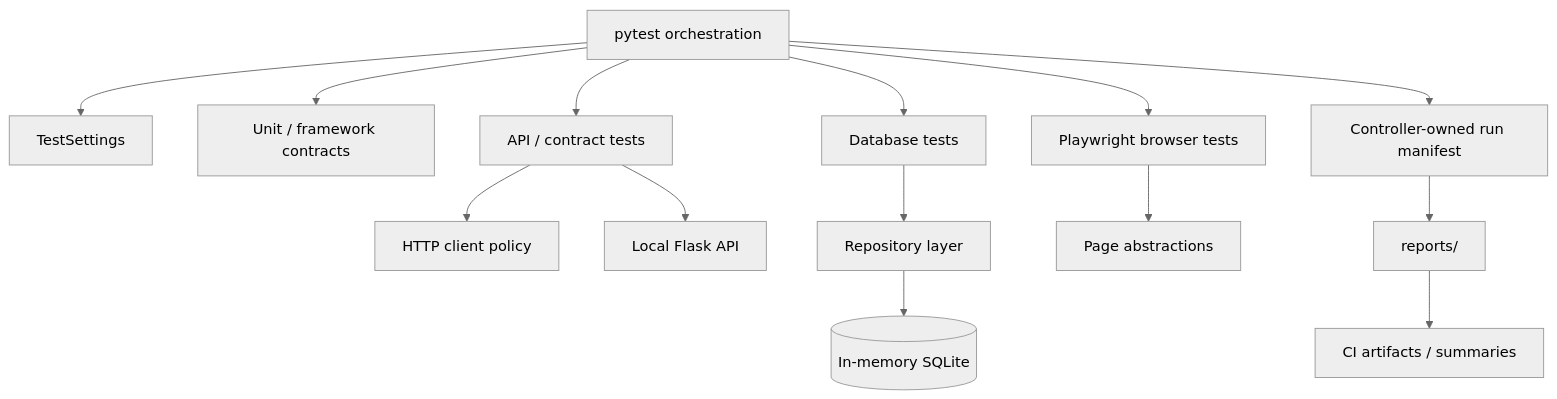
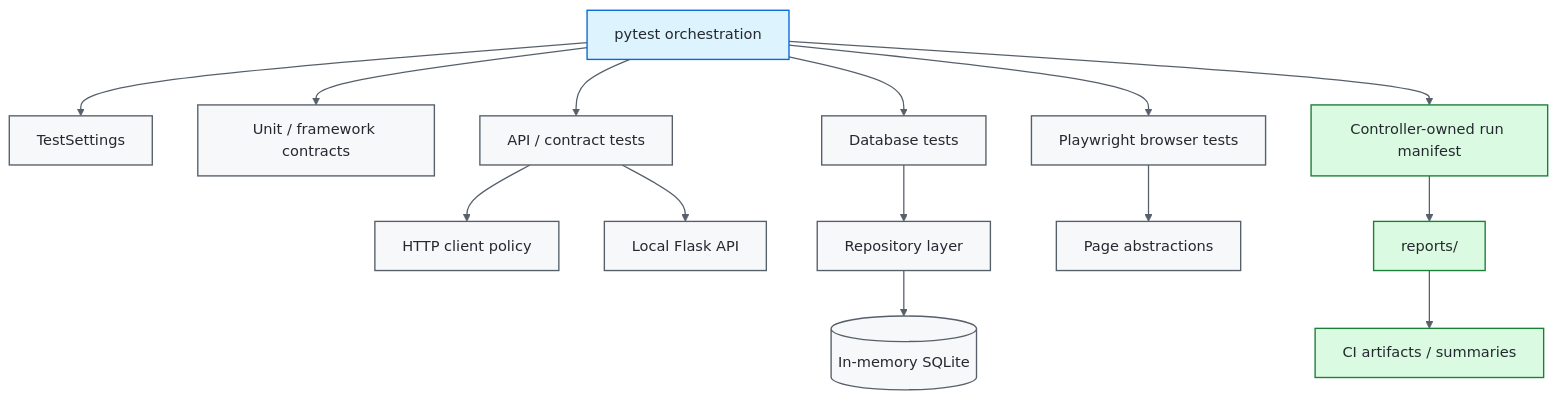
The second of 3 diagrams in README.md (portyu9/qa-automation-python-pytest), drawn with Mermaid (neutral theme) before and after one commit. The commit also changed other lines of this file, not shown here.

Commit message:
Polish badges and Mermaid diagrams

````diff
--- a/README.md
+++ b/README.md
@@ -74,17 +82,26 @@
 ```mermaid
 flowchart TD
     PYTEST[pytest orchestration]
     PYTEST --> CFG[TestSettings]
     PYTEST --> UNIT[Unit / framework contracts]
     PYTEST --> API[API / contract tests]
     PYTEST --> DB[Database tests]
     PYTEST --> UI[Playwright browser tests]
     API --> CLIENT[HTTP client policy]
     API --> MOCK[Local Flask API]
     DB --> REPO[Repository layer]
     REPO --> SQLITE[(In-memory SQLite)]
     UI --> PAGES[Page abstractions]
     PYTEST --> MAN[Controller-owned run manifest]
     MAN --> REPORTS[reports/]
     REPORTS --> CI[CI artifacts / summaries]
+
+    classDef entry fill:#ddf4ff,stroke:#0969da,color:#24292f,stroke-width:1.5px;
+    classDef core fill:#f6f8fa,stroke:#57606a,color:#24292f,stroke-width:1.5px;
+    classDef gate fill:#fbefff,stroke:#8250df,color:#24292f,stroke-width:1.5px;
+    classDef evidence fill:#dafbe1,stroke:#1a7f37,color:#24292f,stroke-width:1.5px;
+    class PYTEST entry;
+    class CFG,UNIT,API,DB,UI,CLIENT,MOCK,REPO,SQLITE,PAGES core;
+    class MAN,REPORTS,CI evidence;
+    linkStyle default stroke:#57606a,stroke-width:1.4px;
 ```
````
